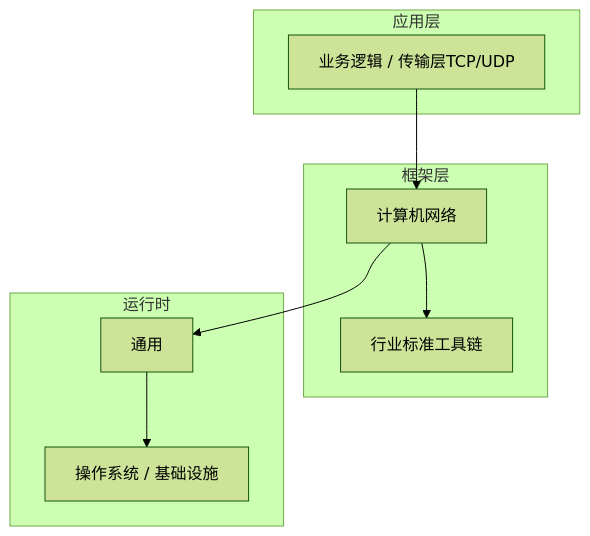
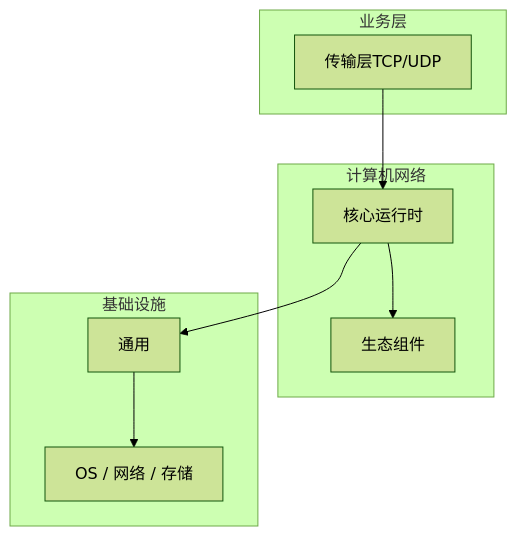
The diagram in articles/计算机网络/chapters/037-传输层TCPUDP核心概念与原理.md (yanggan2015/knowledge-json-v2), drawn with Mermaid (forest theme) before and after one commit. The commit also changed other lines of this file and 10127 other files, not shown here.

````diff
--- a/articles/计算机网络/chapters/037-传输层TCPUDP核心概念与原理.md
+++ b/articles/计算机网络/chapters/037-传输层TCPUDP核心概念与原理.md
@@ -45,18 +34,18 @@
 ```mermaid
 graph TB
-    subgraph 应用层
-        A[业务逻辑 / 传输层TCP/UDP]
+    subgraph 业务层
+        A[传输层TCP/UDP]
     end
-    subgraph 框架层
-        B[计算机网络]
-        C[行业标准工具链]
+    subgraph 计算机网络
+        B[核心运行时]
+        C[生态组件]
     end
-    subgraph 运行时
+    subgraph 基础设施
         D[通用]
-        E[操作系统 / 基础设施]
+        E[OS / 网络 / 存储]
     end
     A --> B
     B --> C
     B --> D
     D --> E
 ```
````
